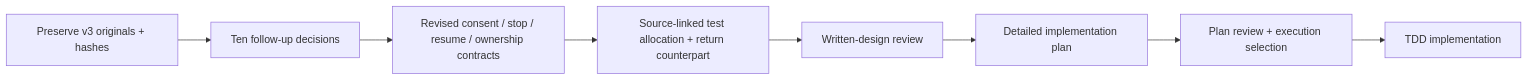
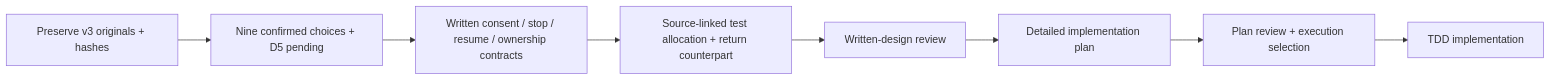
The diagram in openspec/changes/proofkey-v21-harness-contracts/drive-workflow-v3.md (nikb-de/proofkey-dwelly), drawn with Mermaid before and after one commit. The commit also changed other lines of this file and 13 other files, not shown here.

````diff
--- a/openspec/changes/proofkey-v21-harness-contracts/drive-workflow-v3.md
+++ b/openspec/changes/proofkey-v21-harness-contracts/drive-workflow-v3.md
@@ -58,10 +58,10 @@
 ```mermaid
 flowchart LR
-    Source[Preserve v3 originals + hashes] --> Questions[Ten follow-up decisions]
-    Questions --> Process[Revised consent / stop / resume / ownership contracts]
+    Source[Preserve v3 originals + hashes] --> Questions[Nine confirmed choices + D5 pending]
+    Questions --> Process[Written consent / stop / resume / ownership contracts]
     Process --> Tests[Source-linked test allocation + return counterpart]
     Tests --> Review[Written-design review]
     Review --> Plan[Detailed implementation plan]
     Plan --> Approval[Plan review + execution selection]
     Approval --> Build[TDD implementation]
 ```
````
